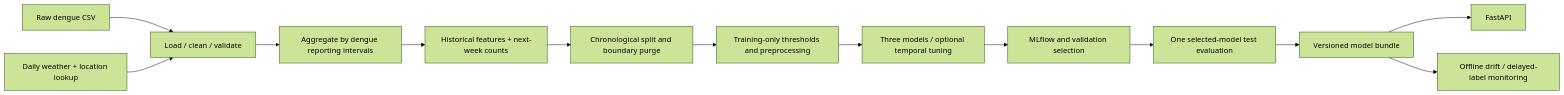
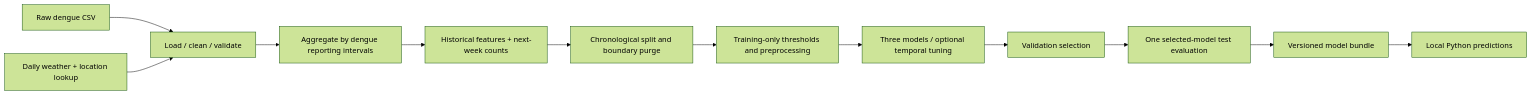
The diagram in README.md (devmividanage-hub/Dengue-Risk-MLOps-1), drawn with Mermaid (forest theme) before and after one commit. The commit also changed other lines of this file and 26 other files, not shown here.

````diff
--- a/README.md
+++ b/README.md
@@ -30,15 +30,14 @@
 ```mermaid
 flowchart LR
   A[Raw dengue CSV] --> C[Load / clean / validate]
   B[Daily weather + location lookup] --> C
   C --> D[Aggregate by dengue reporting intervals]
   D --> E[Historical features + next-week counts]
   E --> F[Chronological split and boundary purge]
   F --> G[Training-only thresholds and preprocessing]
   G --> H[Three models / optional temporal tuning]
-  H --> I[MLflow and validation selection]
+  H --> I[Validation selection]
   I --> J[One selected-model test evaluation]
   J --> K[Versioned model bundle]
-  K --> L[FastAPI]
-  K --> M[Offline drift / delayed-label monitoring]
+  K --> L[Local Python predictions]
 ```
````
